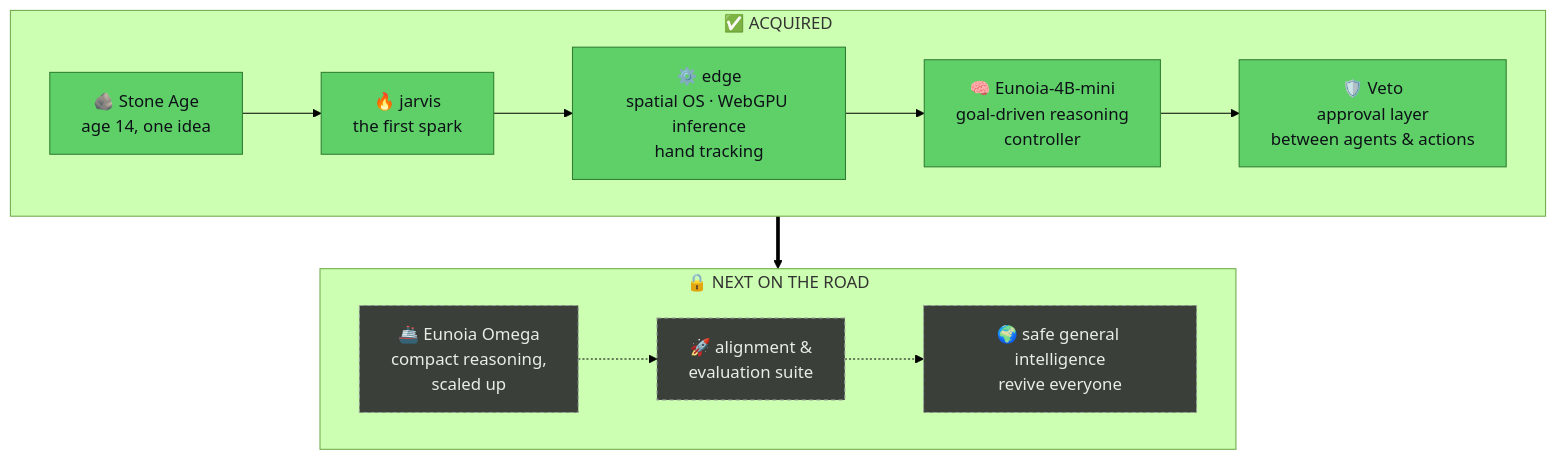
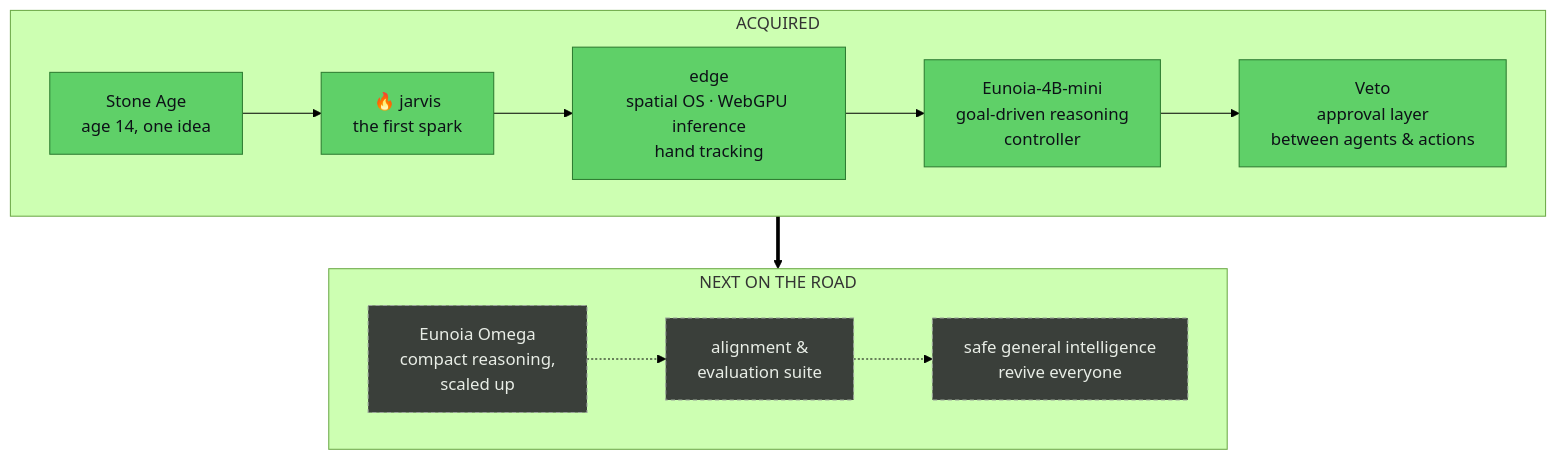
One commit to Shv-tech/Shv-tech changed the diagram in README.md. Above: the diagram before and after it, drawn with Mermaid (forest theme). The commit also changed other lines of this file, not shown here.

````diff
--- a/README.md
+++ b/README.md
@@ -31,21 +31,21 @@
 ```mermaid
 flowchart TB
-  subgraph ACQ["✅ ACQUIRED"]
+  subgraph ACQ["ACQUIRED"]
     direction LR
-    A["🪨 Stone Age<br/>age 14, one idea"] --> B["🔥 jarvis<br/>the first spark"]
-    B --> C["⚙️ edge<br/>spatial OS · WebGPU inference<br/>hand tracking"]
-    C --> D["🧠 Eunoia-4B-mini<br/>goal-driven reasoning<br/>controller"]
-    D --> E["🛡️ Veto<br/>approval layer<br/>between agents & actions"]
+    A["Stone Age<br/>age 14, one idea"] --> B["🔥 jarvis<br/>the first spark"]
+    B --> C["edge<br/>spatial OS · WebGPU inference<br/>hand tracking"]
+    C --> D["Eunoia-4B-mini<br/>goal-driven reasoning<br/>controller"]
+    D --> E["Veto<br/>approval layer<br/>between agents & actions"]
   end
-  subgraph NEXT["🔒 NEXT ON THE ROAD"]
+  subgraph NEXT["NEXT ON THE ROAD"]
     direction LR
-    F["🚢 Eunoia Omega<br/>compact reasoning,<br/>scaled up"] -.-> G["🚀 alignment &<br/>evaluation suite"]
-    G -.-> H["🌍 safe general intelligence<br/>revive everyone"]
+    F["Eunoia Omega<br/>compact reasoning,<br/>scaled up"] -.-> G["alignment &<br/>evaluation suite"]
+    G -.-> H["safe general intelligence<br/>revive everyone"]
   end
   ACQ ==> NEXT
 
   classDef done fill:#5FD068,stroke:#2E7D32,color:#0D1117
   classDef locked fill:#3A3F3A,stroke:#9AA39A,color:#E8EDE6,stroke-dasharray:4 3
   class A,B,C,D,E done
   class F,G,H locked
 ```
````
